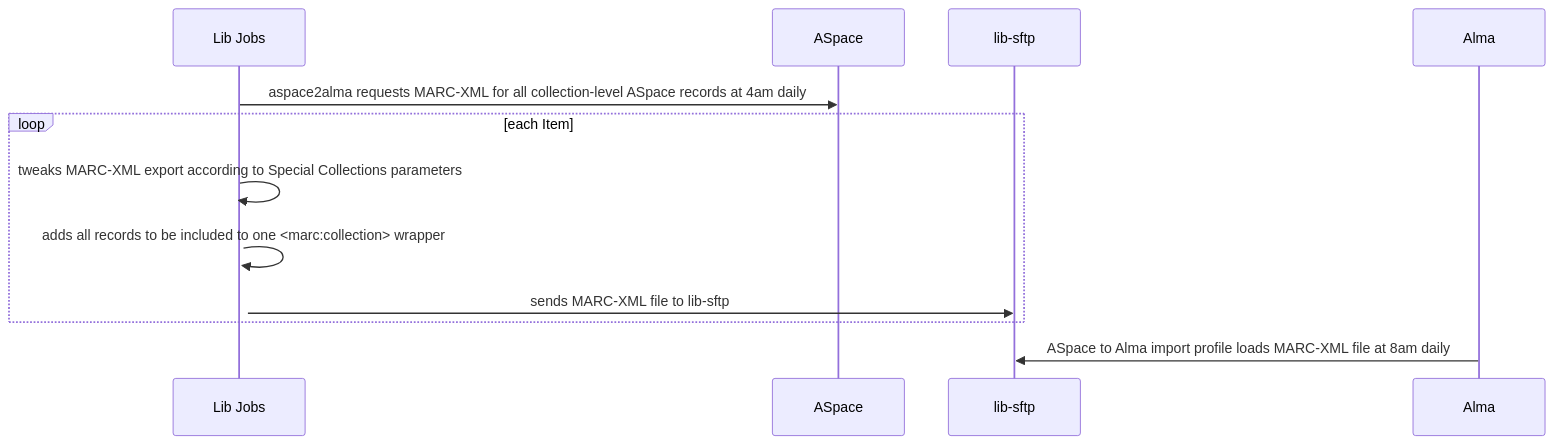
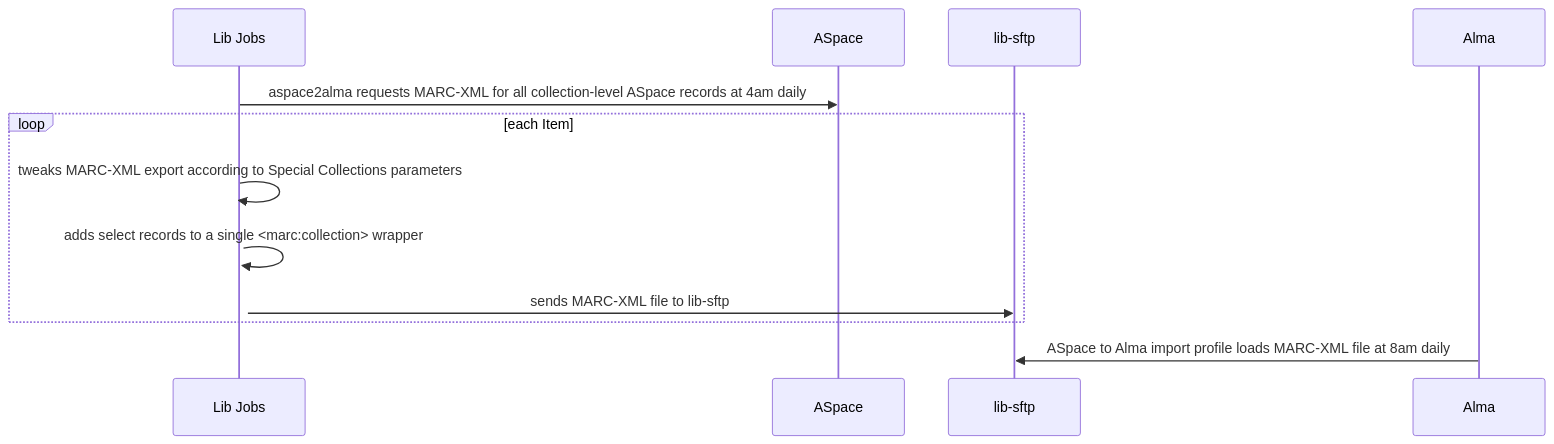
Before and after one commit to pulibrary/lib_jobs: the diagram in docs/aspace2alma/readme.md, drawn with Mermaid.

Commit message:
clarify language

````diff
--- a/docs/aspace2alma/readme.md
+++ b/docs/aspace2alma/readme.md
@@ -3,10 +3,10 @@
 ```mermaid
 sequenceDiagram
 Lib Jobs->>ASpace: aspace2alma requests MARC-XML for all collection-level ASpace records at 4am daily
 loop each Item
   Lib Jobs->>+Lib Jobs: tweaks MARC-XML export according to Special Collections parameters
-  Lib Jobs->>+Lib Jobs: adds all records to be included to one <marc:collection> wrapper
+  Lib Jobs->>+Lib Jobs: adds select records to a single <marc:collection> wrapper
   Lib Jobs->>lib-sftp: sends MARC-XML file to lib-sftp
 end
 Alma->>lib-sftp: ASpace to Alma import profile loads MARC-XML file at 8am daily
 ```
````
